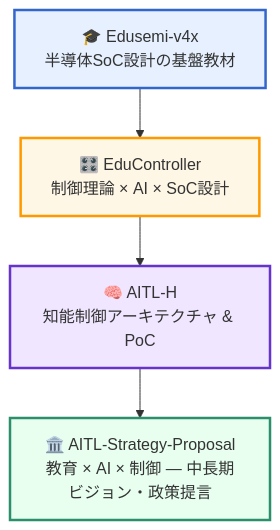
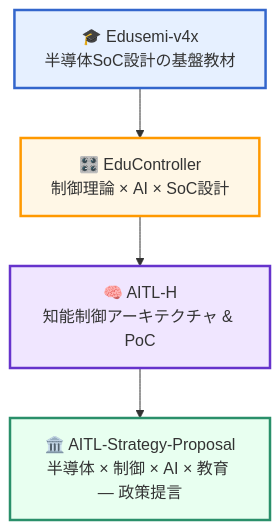
The diagram in index.md (Samizo-AITL/Samizo-AITL.github.io), drawn with Mermaid before and after one commit. The commit also changed other lines of this file, not shown here.

````diff
--- a/index.md
+++ b/index.md
@@ -88,13 +90,12 @@
 ```mermaid
 flowchart TD
     A[🎓 Edusemi-v4x<br/>半導体SoC設計の基盤教材] 
         --> B[🎛️ EduController<br/>制御理論 × AI × SoC設計] 
         --> C[🧠 AITL-H<br/>知能制御アーキテクチャ & PoC]
-        --> D[🏛️ AITL-Strategy-Proposal<br/>教育 × AI × 制御 ― 中長期ビジョン・政策提言]
+        --> D[🏛️ AITL-Strategy-Proposal<br/>半導体 × 制御 × AI × 教育 ― 政策提言]
 
-    %% スタイル
     style A fill:#e6f0ff,stroke:#3366cc,stroke-width:2.5px
     style B fill:#fff7e6,stroke:#ff9900,stroke-width:2.5px
     style C fill:#f0e6ff,stroke:#6633cc,stroke-width:2.5px
     style D fill:#e8fff0,stroke:#2a8f6a,stroke-width:2.5px
 ```
````
